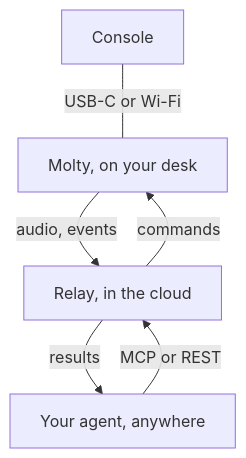
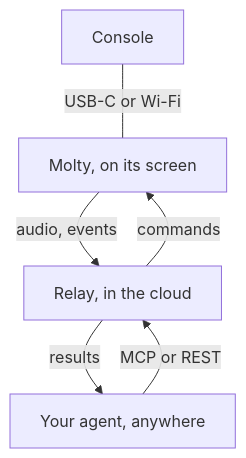
The diagram in README.md (apresmoi/molty.uno), drawn with Mermaid before and after one commit. The commit also changed other lines of this file and 5 other files, not shown here.

Commit message:
docs: Molty is a creature your agent speaks through

````diff
--- a/README.md
+++ b/README.md
@@ -43,9 +52,9 @@
 ```mermaid
 flowchart TD
   accTitle: Molty, the relay and your agent
-  console[Console] ---|USB-C or Wi-Fi| molty[Molty, on your desk]
+  console[Console] ---|USB-C or Wi-Fi| molty[Molty, on its screen]
   molty -->|audio, events| relay[Relay, in the cloud]
   relay -->|commands| molty
   agent[Your agent, anywhere] -->|MCP or REST| relay
   relay -->|results| agent
 ```
````
